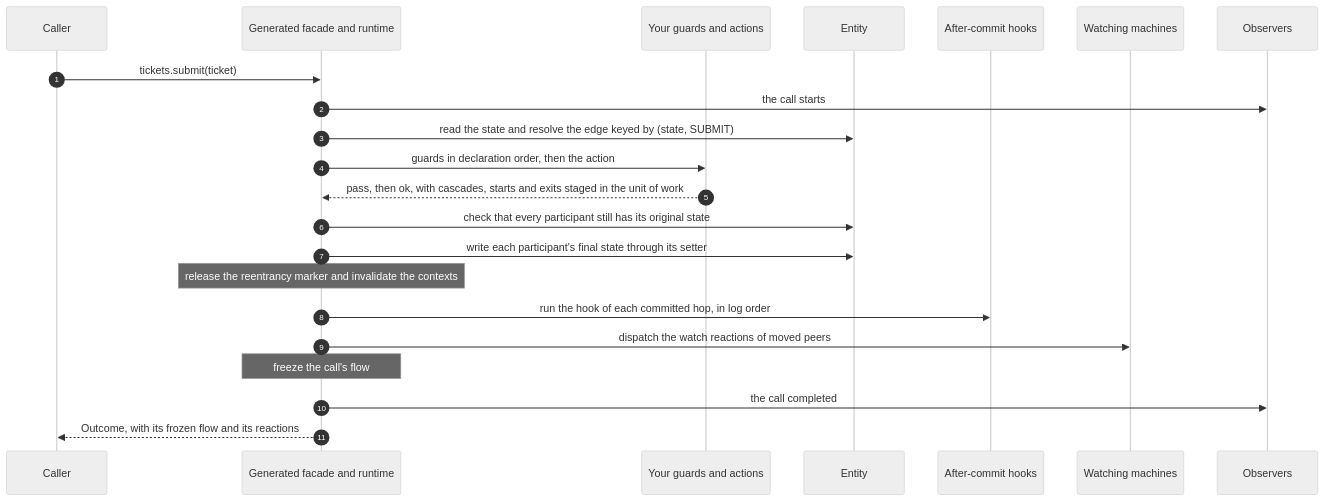
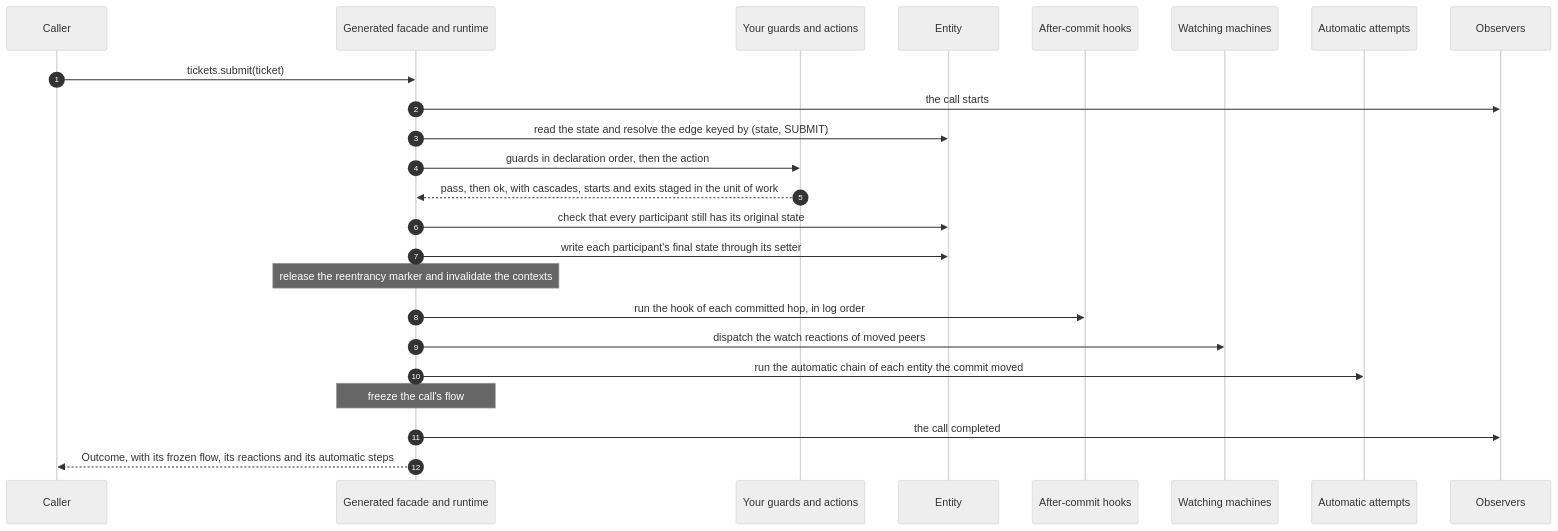
Before and after one commit to graphmaquina/graphmaquina: the diagram in docs/commit-and-persistence.md, drawn with Mermaid (neutral theme). The commit also changed other lines of this file and 62 other files, not shown here.

Commit message:
Chain automatic attempts after each commit

````diff
--- a/docs/commit-and-persistence.md
+++ b/docs/commit-and-persistence.md
@@ -32,24 +37,26 @@
 ```mermaid
 sequenceDiagram
     autonumber
     participant Caller
     participant Runtime as Generated facade and runtime
     participant Code as Your guards and actions
     participant Entity
     participant Hooks as After-commit hooks
     participant Owners as Watching machines
+    participant Steps as Automatic attempts
     participant Observers
     Caller->>Runtime: tickets.submit(ticket)
     Runtime->>Observers: the call starts
     Runtime->>Entity: read the state and resolve the edge keyed by (state, SUBMIT)
     Runtime->>Code: guards in declaration order, then the action
     Code-->>Runtime: pass, then ok, with cascades, starts and exits staged in the unit of work
     Runtime->>Entity: check that every participant still has its original state
     Runtime->>Entity: write each participant's final state through its setter
     Note over Runtime: release the reentrancy marker and invalidate the contexts
     Runtime->>Hooks: run the hook of each committed hop, in log order
     Runtime->>Owners: dispatch the watch reactions of moved peers
+    Runtime->>Steps: run the automatic chain of each entity the commit moved
     Note over Runtime: freeze the call's flow
     Runtime->>Observers: the call completed
-    Runtime-->>Caller: Outcome, with its frozen flow and its reactions
+    Runtime-->>Caller: Outcome, with its frozen flow, its reactions and its automatic steps
 ```
````
